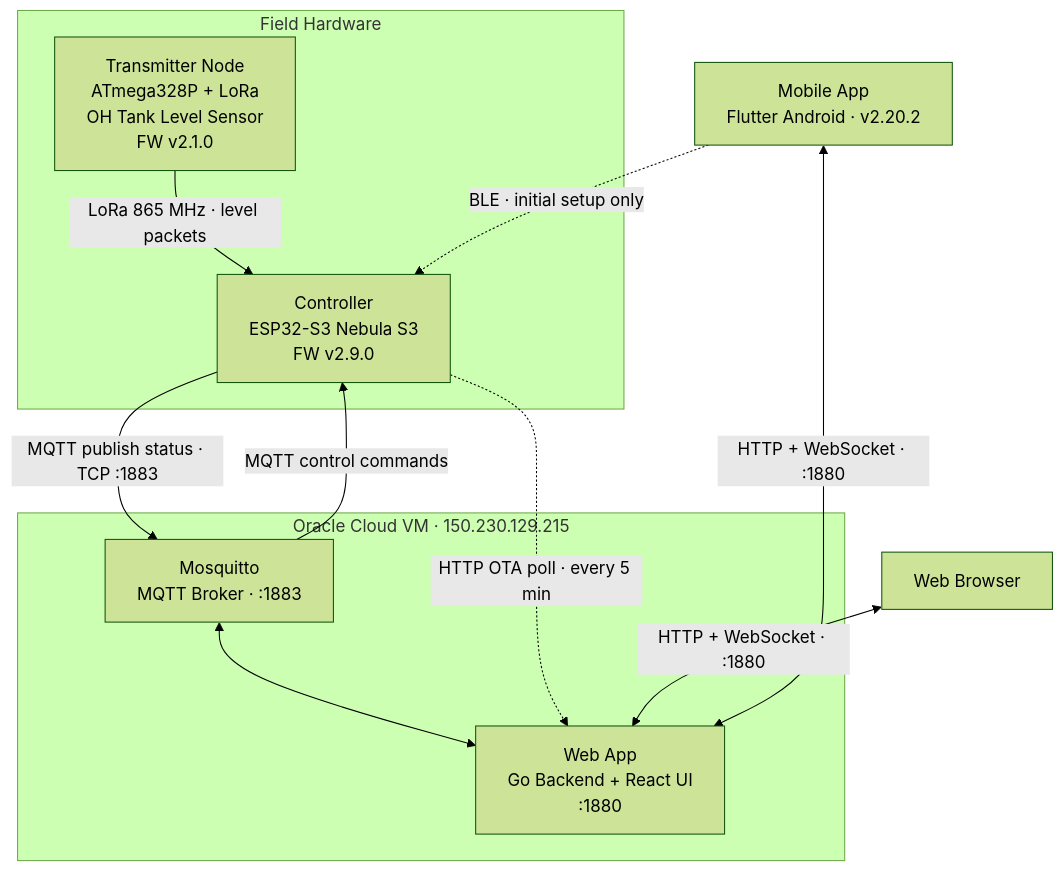
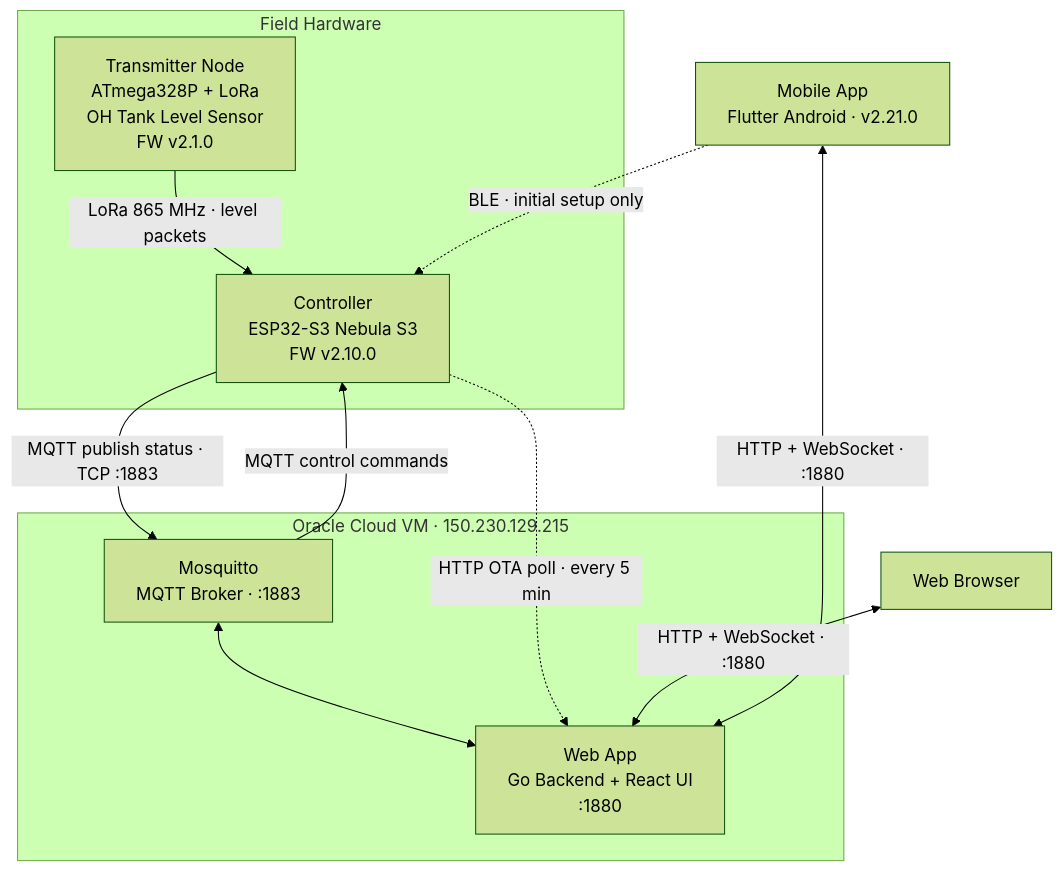
The first of 2 diagrams in README.md (nperiannan/TankMonitor), drawn with Mermaid (forest theme) before and after one commit. The commit also changed other lines of this file and 16 other files, not shown here.

First line of the commit message:
Add configurable MQTT watchdog reboot (controller_firmware 2.10.0, web 2.6.0, MobileApp 2.21.0)

````diff
--- a/README.md
+++ b/README.md
@@ -9,25 +9,25 @@
 ```mermaid
 flowchart TD
     subgraph Field["Field Hardware"]
         TX["Transmitter Node\nATmega328P + LoRa\nOH Tank Level Sensor\nFW v2.1.0"]
-        CTRL["Controller\nESP32-S3 Nebula S3\nFW v2.9.0"]
+        CTRL["Controller\nESP32-S3 Nebula S3\nFW v2.10.0"]
         TX -- "LoRa 865 MHz · level packets" --> CTRL
     end
 
     subgraph Server["Oracle Cloud VM · 150.230.129.215"]
         MQ["Mosquitto\nMQTT Broker · :1883"]
         WEB["Web App\nGo Backend + React UI\n:1880"]
         MQ <--> WEB
     end
 
     CTRL -- "MQTT publish status · TCP :1883" --> MQ
     MQ -- "MQTT control commands" --> CTRL
     CTRL -. "HTTP OTA poll · every 5 min" .-> WEB
 
     BROWSER["Web Browser"]
-    APP["Mobile App\nFlutter Android · v2.20.2"]
+    APP["Mobile App\nFlutter Android · v2.21.0"]
 
     BROWSER <-- "HTTP + WebSocket · :1880" --> WEB
     APP <-- "HTTP + WebSocket · :1880" --> WEB
     APP -. "BLE · initial setup only" .-> CTRL
 ```
````
